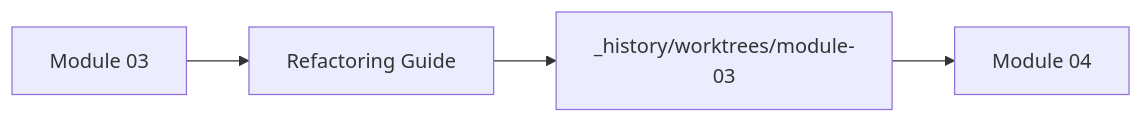
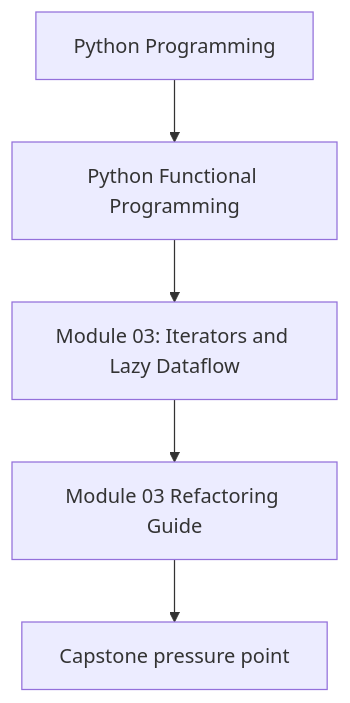
Before and after one commit to bijux/bijux-masterclass: the first of 2 diagrams in programs/python-programming/python-functional-programming/course-book/module-03-iterators-and-lazy-dataflow/refactoring-guide.md, drawn with Mermaid. The commit also changed other lines of this file and 118 other files, not shown here.

Commit message:
docs(python-functional-programming): align concept page diagrams

````diff
--- a/programs/python-programming/python-functional-programming/course-book/module-03-iterators-and-lazy-dataflow/refactoring-guide.md
+++ b/programs/python-programming/python-functional-programming/course-book/module-03-iterators-and-lazy-dataflow/refactoring-guide.md
@@ -7,6 +7,7 @@
 ```mermaid
-graph LR
-  module["Module 03"] --> guide["Refactoring Guide"]
-  guide --> worktree["_history/worktrees/module-03"]
-  worktree --> next["Module 04"]
+flowchart TD
+  family["Python Programming"] --> program["Python Functional Programming"]
+  program --> module["Module 03: Iterators and Lazy Dataflow"]
+  module --> concept["Module 03 Refactoring Guide"]
+  concept --> capstone["Capstone pressure point"]
 ```
````
